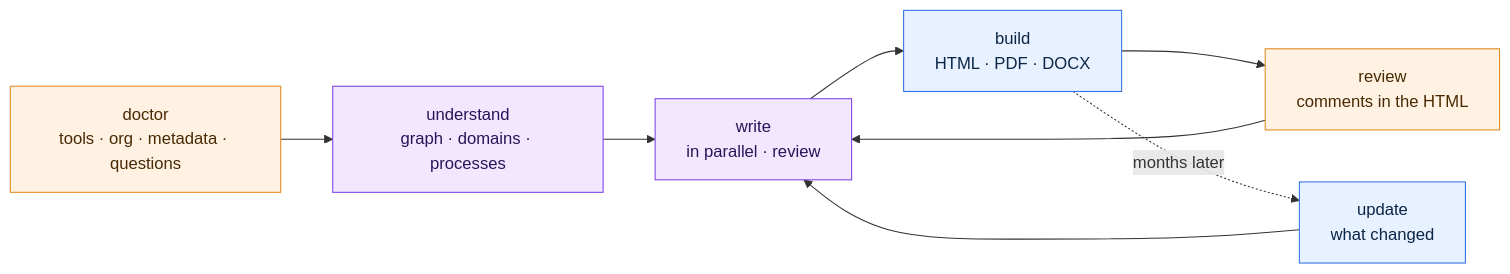
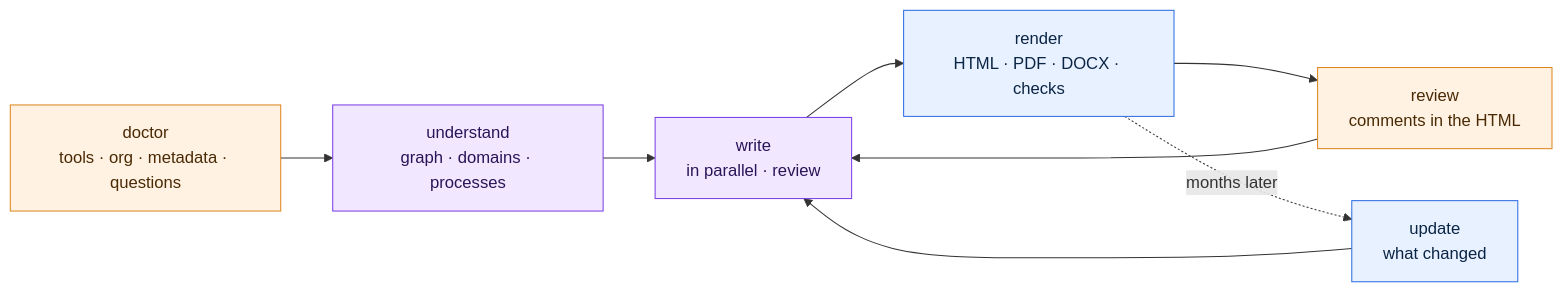
The diagram in README.md (azamiji/TADForce), drawn with Mermaid before and after one commit. The commit also changed other lines of this file, not shown here.

````diff
--- a/README.md
+++ b/README.md
@@ -98,13 +98,13 @@
 ```mermaid
 flowchart LR
   A["doctor<br>tools · org · metadata · questions"]:::h --> U["understand<br>graph · domains · processes"]:::a
   U --> B["write<br>in parallel · review"]:::a
-  B --> C["build<br>HTML · PDF · DOCX"]:::s
+  B --> C["render<br>HTML · PDF · DOCX · checks"]:::s
   C --> D["review<br>comments in the HTML"]:::h
   D --> B
   C -. months later .-> E["update<br>what changed"]:::s
   E --> B
   classDef s fill:#E8F1FF,stroke:#2F6FE4,color:#0B2545
   classDef a fill:#F1E8FF,stroke:#7B3FE4,color:#2A1458
   classDef h fill:#FFF2E2,stroke:#E0861F,color:#4A2A05
 ```
````
